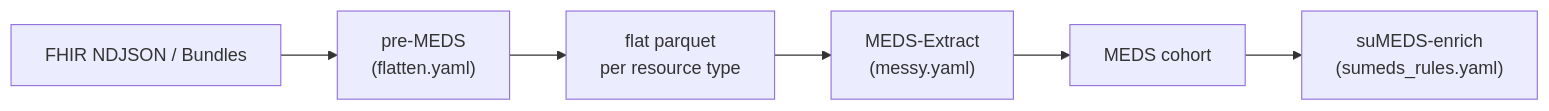
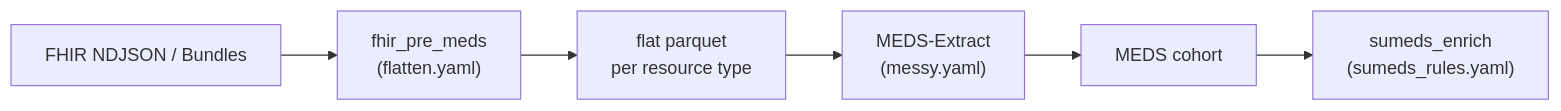
One commit to rvandewater/FHIR_MEDS changed the diagram in docs/index.md. Above: the diagram before and after it, drawn with Mermaid. The commit also changed other lines of this file and 25 other files, not shown here.

First line of the commit message:
Run the ETL as the registered spec FHIR, with suMEDS as a post-stage

````diff
--- a/docs/index.md
+++ b/docs/index.md
@@ -24,4 +26,4 @@
 ```mermaid
 flowchart LR
-    A["FHIR NDJSON / Bundles"] --> B["pre-MEDS<br/>(flatten.yaml)"] --> C["flat parquet<br/>per resource type"] --> D["MEDS-Extract<br/>(messy.yaml)"] --> E["MEDS cohort"] --> F["suMEDS-enrich<br/>(sumeds_rules.yaml)"]
+    A["FHIR NDJSON / Bundles"] --> B["fhir_pre_meds<br/>(flatten.yaml)"] --> C["flat parquet<br/>per resource type"] --> D["MEDS-Extract<br/>(messy.yaml)"] --> E["MEDS cohort"] --> F["sumeds_enrich<br/>(sumeds_rules.yaml)"]
 ```
````
